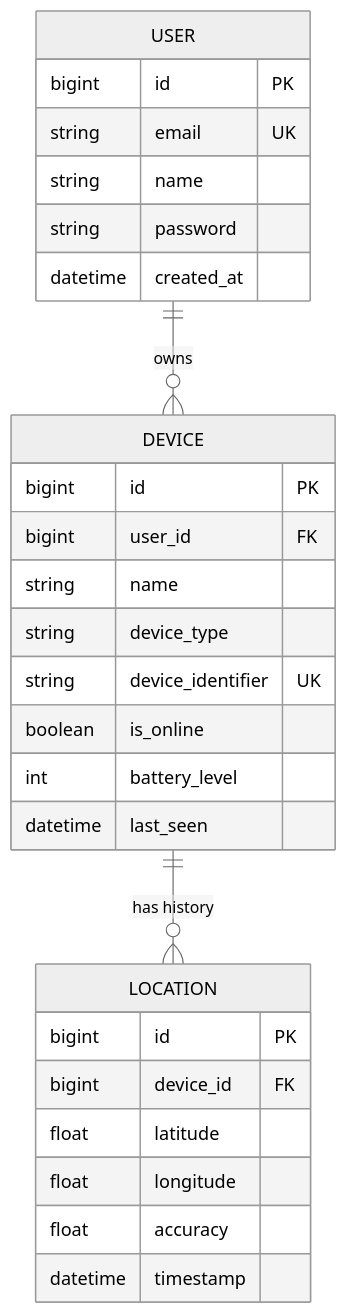
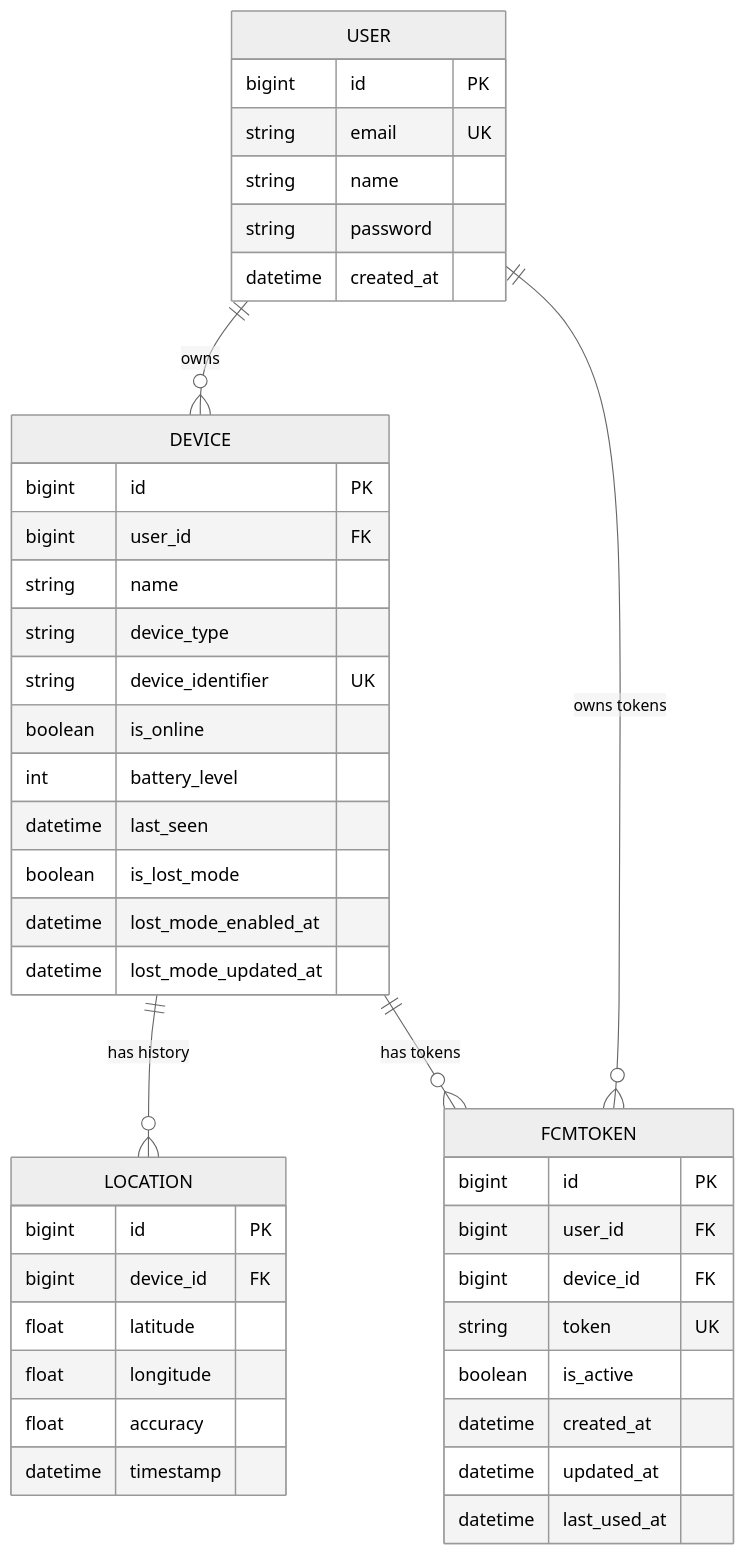
One commit to madhurikulamati/TraceUp changed the diagram in docs/DATABASE.md. Above: the diagram before and after it, drawn with Mermaid (neutral theme). The commit also changed other lines of this file and 14 other files, not shown here.

````diff
--- a/docs/DATABASE.md
+++ b/docs/DATABASE.md
@@ -60,33 +78,49 @@
 ```mermaid
 erDiagram
     USER ||--o{ DEVICE : "owns"
     DEVICE ||--o{ LOCATION : "has history"
+    USER ||--o{ FCMTOKEN : "owns tokens"
+    DEVICE ||--o{ FCMTOKEN : "has tokens"
 
     USER {
         bigint id PK
         string email UK
         string name
         string password
         datetime created_at
     }
 
     DEVICE {
         bigint id PK
         bigint user_id FK
         string name
         string device_type
         string device_identifier UK
         boolean is_online
         int battery_level
         datetime last_seen
+        boolean is_lost_mode
+        datetime lost_mode_enabled_at
+        datetime lost_mode_updated_at
     }
 
     LOCATION {
         bigint id PK
         bigint device_id FK
         float latitude
         float longitude
         float accuracy
         datetime timestamp
     }
+
+    FCMTOKEN {
+        bigint id PK
+        bigint user_id FK
+        bigint device_id FK
+        string token UK
+        boolean is_active
+        datetime created_at
+        datetime updated_at
+        datetime last_used_at
+    }
 ```
````
